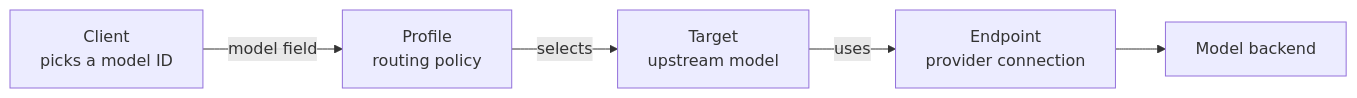
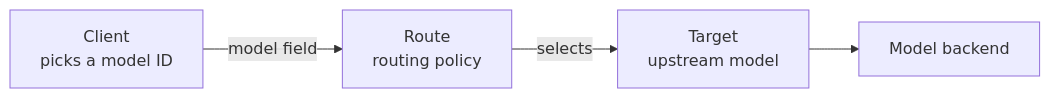
The diagram in docs/core_concepts.md (NVIDIA-NeMo/Switchyard), drawn with Mermaid before and after one commit. The commit also changed other lines of this file and 83 other files, not shown here.

````diff
--- a/docs/core_concepts.md
+++ b/docs/core_concepts.md
@@ -16,13 +14,11 @@
 ```mermaid
 flowchart LR
     client["Client<br/>picks a model ID"]
-    profile["Profile<br/>routing policy"]
+    route["Route<br/>routing policy"]
     target["Target<br/>upstream model"]
-    endpoint["Endpoint<br/>provider connection"]
     backend["Model backend"]
 
-    client -->|"model field"| profile
-    profile -->|"selects"| target
-    target -->|"uses"| endpoint
-    endpoint --> backend
+    client -->|"model field"| route
+    route -->|"selects"| target
+    target --> backend
 ```
````
